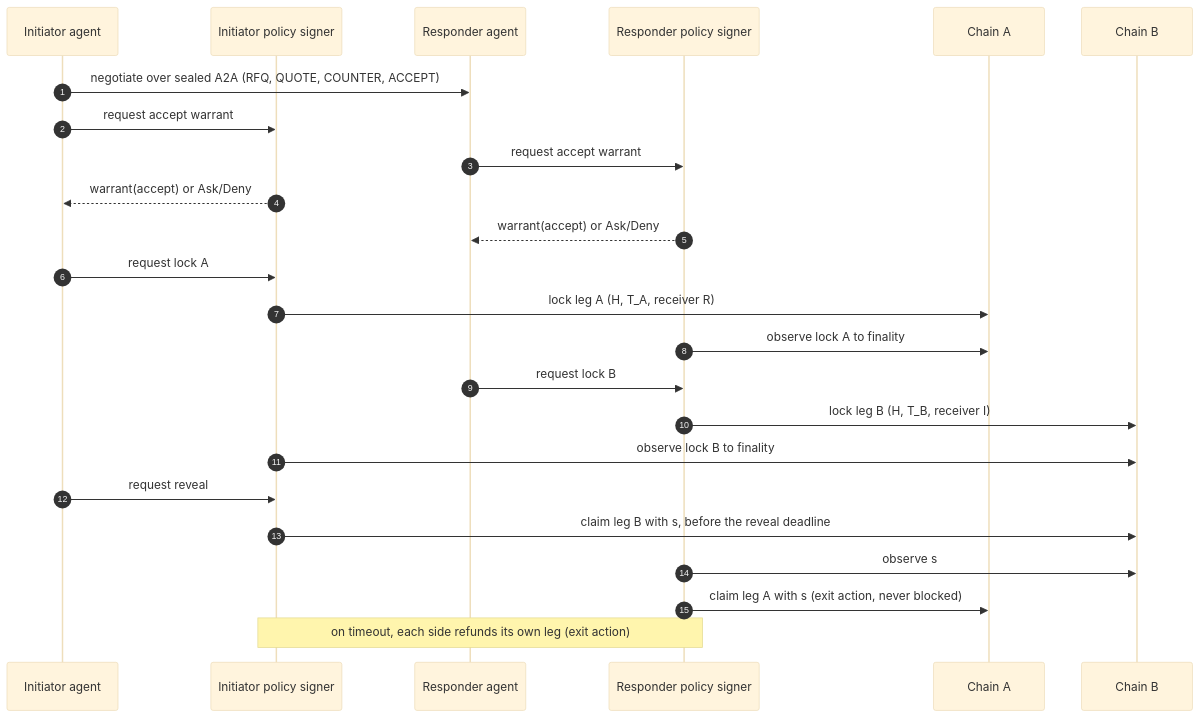
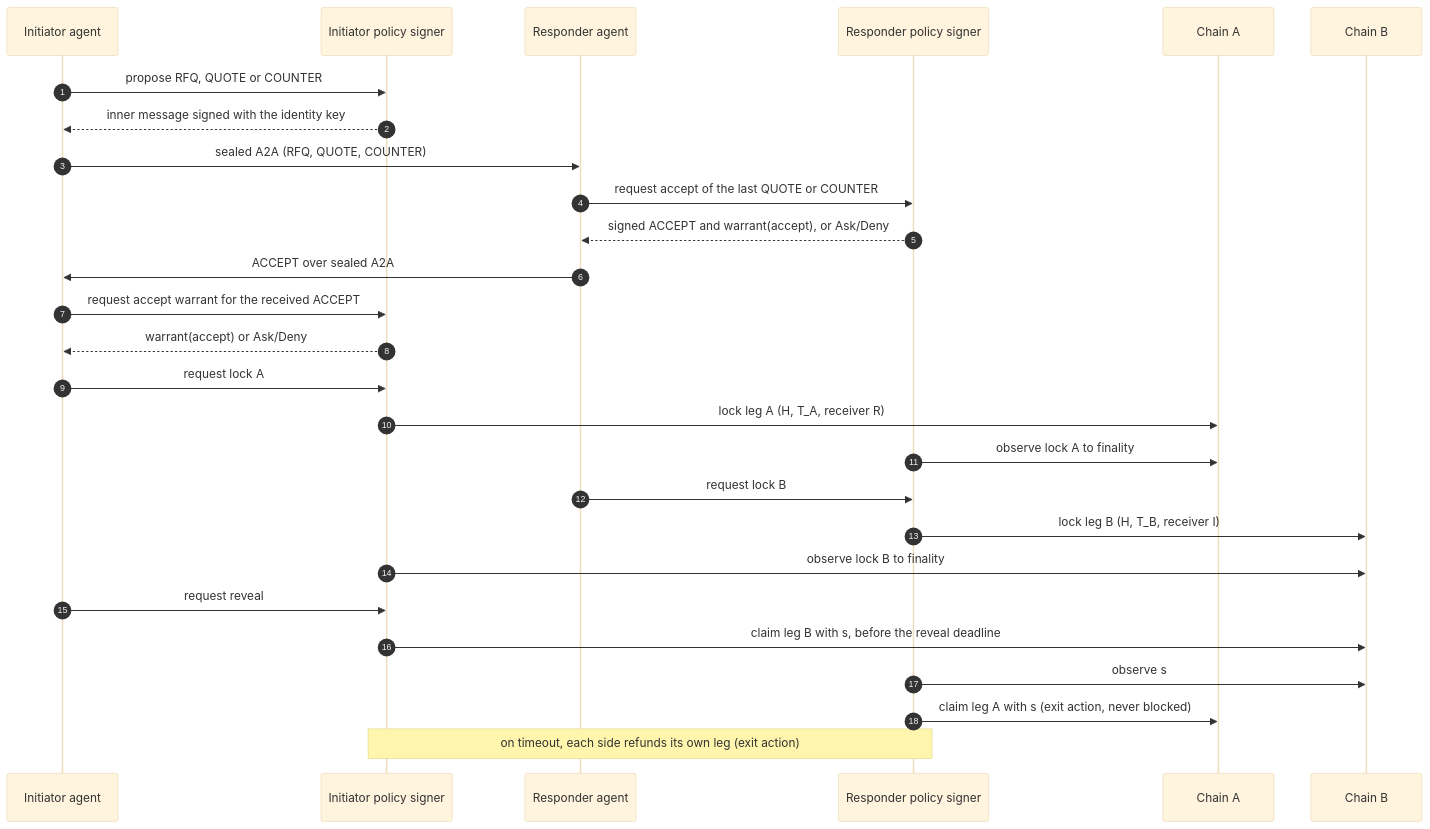
The first of 2 diagrams in swap/spec.md (mnemonik-xyz/warrant), drawn with Mermaid (base theme) before and after one commit. The commit also changed other lines of this file, not shown here.

````diff
--- a/swap/spec.md
+++ b/swap/spec.md
@@ -143,27 +156,30 @@
 ```mermaid
 sequenceDiagram
   autonumber
   participant IA as Initiator agent
   participant IS as Initiator policy signer
   participant RA as Responder agent
   participant RS as Responder policy signer
   participant A as Chain A
   participant B as Chain B
 
-  IA->>RA: negotiate over sealed A2A (RFQ, QUOTE, COUNTER, ACCEPT)
-  IA->>IS: request accept warrant
-  RA->>RS: request accept warrant
+  IA->>IS: propose RFQ, QUOTE or COUNTER
+  IS-->>IA: inner message signed with the identity key
+  IA->>RA: sealed A2A (RFQ, QUOTE, COUNTER)
+  RA->>RS: request accept of the last QUOTE or COUNTER
+  RS-->>RA: signed ACCEPT and warrant(accept), or Ask/Deny
+  RA->>IA: ACCEPT over sealed A2A
+  IA->>IS: request accept warrant for the received ACCEPT
   IS-->>IA: warrant(accept) or Ask/Deny
-  RS-->>RA: warrant(accept) or Ask/Deny
   IA->>IS: request lock A
   IS->>A: lock leg A (H, T_A, receiver R)
   RS->>A: observe lock A to finality
   RA->>RS: request lock B
   RS->>B: lock leg B (H, T_B, receiver I)
   IS->>B: observe lock B to finality
   IA->>IS: request reveal
   IS->>B: claim leg B with s, before the reveal deadline
   RS->>B: observe s
   RS->>A: claim leg A with s (exit action, never blocked)
   Note over IS,RS: on timeout, each side refunds its own leg (exit action)
 ```
````
